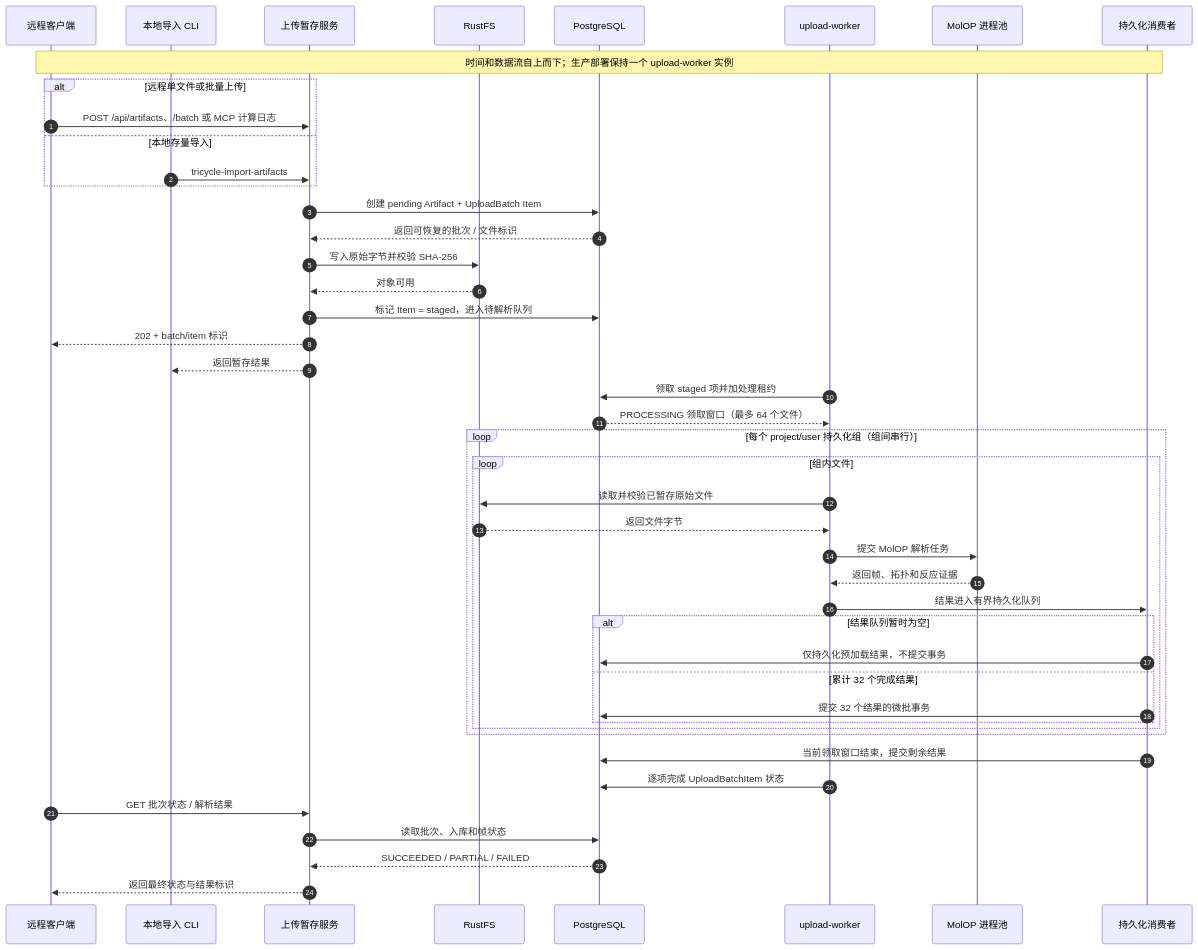
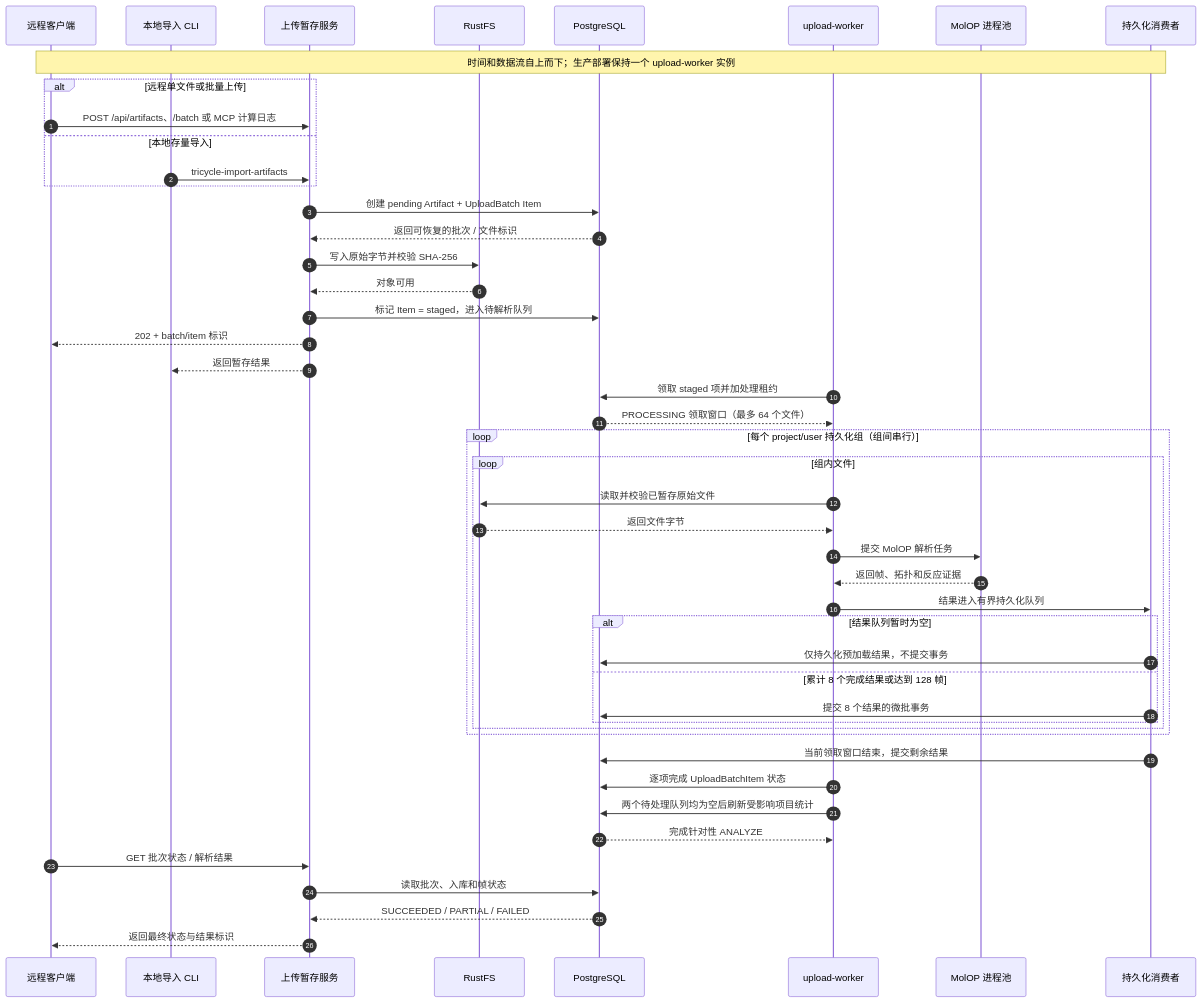
The diagram in docs/development.md (gentle1999/TriCycle-ReactionDatabase), drawn with Mermaid before and after one commit. The commit also changed other lines of this file and 23 other files, not shown here.

````diff
--- a/docs/development.md
+++ b/docs/development.md
@@ -633,49 +633,51 @@
 ```mermaid
 sequenceDiagram
     autonumber
     participant R as 远程客户端
     participant L as 本地导入 CLI
     participant S as 上传暂存服务
     participant O as RustFS
     participant D as PostgreSQL
     participant W as upload-worker
     participant M as MolOP 进程池
     participant P as 持久化消费者
 
     Note over R,P: 时间和数据流自上而下；生产部署保持一个 upload-worker 实例
     alt 远程单文件或批量上传
         R->>S: POST /api/artifacts、/batch 或 MCP 计算日志
     else 本地存量导入
         L->>S: tricycle-import-artifacts
     end
     S->>D: 创建 pending Artifact + UploadBatch Item
     D-->>S: 返回可恢复的批次 / 文件标识
     S->>O: 写入原始字节并校验 SHA-256
     O-->>S: 对象可用
     S->>D: 标记 Item = staged，进入待解析队列
     S-->>R: 202 + batch/item 标识
     S-->>L: 返回暂存结果
 
     W->>D: 领取 staged 项并加处理租约
     D-->>W: PROCESSING 领取窗口（最多 64 个文件）
     loop 每个 project/user 持久化组（组间串行）
         loop 组内文件
             W->>O: 读取并校验已暂存原始文件
             O-->>W: 返回文件字节
             W->>M: 提交 MolOP 解析任务
             M-->>W: 返回帧、拓扑和反应证据
             W->>P: 结果进入有界持久化队列
             alt 结果队列暂时为空
                 P->>D: 仅持久化预加载结果，不提交事务
-            else 累计 32 个完成结果
-                P->>D: 提交 32 个结果的微批事务
+            else 累计 8 个完成结果或达到 128 帧
+                P->>D: 提交 8 个结果的微批事务
             end
         end
     end
     P->>D: 当前领取窗口结束，提交剩余结果
     W->>D: 逐项完成 UploadBatchItem 状态
+    W->>D: 两个待处理队列均为空后刷新受影响项目统计
+    D-->>W: 完成针对性 ANALYZE
     R->>S: GET 批次状态 / 解析结果
     S->>D: 读取批次、入库和帧状态
     D-->>S: SUCCEEDED / PARTIAL / FAILED
     S-->>R: 返回最终状态与结果标识
 ```
````
